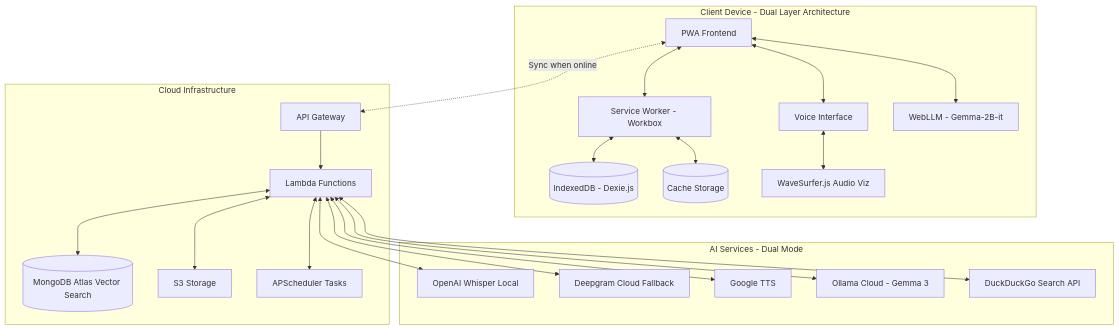
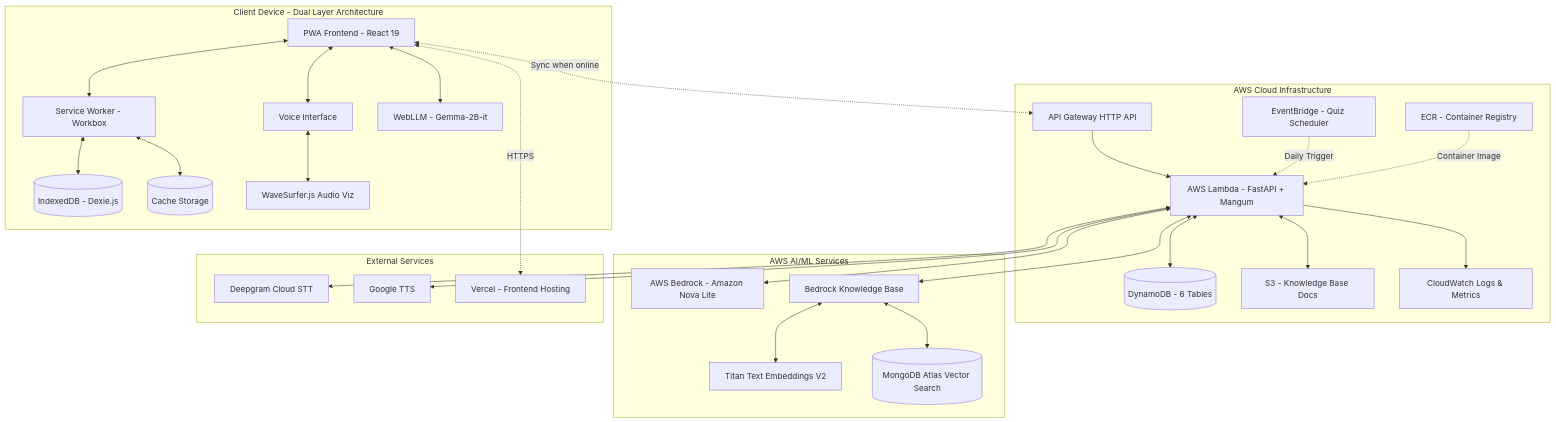
Before and after one commit to FaheemAlt/DigiMasterJi: the first of 2 diagrams in .kiro/specs/digimasterji/design.md, drawn with Mermaid. The commit also changed other lines of this file and 8 other files, not shown here.

````diff
--- a/.kiro/specs/digimasterji/design.md
+++ b/.kiro/specs/digimasterji/design.md
@@ -13,46 +28,59 @@
 ```mermaid
 graph TB
     subgraph "Client Device - Dual Layer Architecture"
-        PWA[PWA Frontend]
+        PWA[PWA Frontend - React 19]
         SW[Service Worker - Workbox]
         IDB[(IndexedDB - Dexie.js)]
         Cache[(Cache Storage)]
         Voice[Voice Interface]
         WebLLM[WebLLM - Gemma-2B-it]
         WaveSurfer[WaveSurfer.js Audio Viz]
     end
     
-    subgraph "Cloud Infrastructure"
-        API[API Gateway]
-        Lambda[Lambda Functions]
-        MongoDB[(MongoDB Atlas Vector Search)]
-        S3[S3 Storage]
-        Scheduler[APScheduler Tasks]
+    subgraph "AWS Cloud Infrastructure"
+        APIGW[API Gateway HTTP API]
+        Lambda[AWS Lambda - FastAPI + Mangum]
+        DDB[(DynamoDB - 6 Tables)]
+        S3[S3 - Knowledge Base Docs]
+        EventBridge[EventBridge - Quiz Scheduler]
+        CloudWatch[CloudWatch Logs & Metrics]
+        ECR[ECR - Container Registry]
     end
     
-    subgraph "AI Services - Dual Mode"
-        Whisper[OpenAI Whisper Local]
-        Deepgram[Deepgram Cloud Fallback]
+    subgraph "AWS AI/ML Services"
+        Bedrock[AWS Bedrock - Amazon Nova Lite]
+        BedrockKB[Bedrock Knowledge Base]
+        TitanEmbed[Titan Text Embeddings V2]
+        MongoDB[(MongoDB Atlas Vector Search)]
+    end
+    
+    subgraph "External Services"
+        Deepgram[Deepgram Cloud STT]
         GoogleTTS[Google TTS]
-        OllamaCloud[Ollama Cloud - Gemma 3]
-        DuckDuckGo[DuckDuckGo Search API]
+        Vercel[Vercel - Frontend Hosting]
     end
     
     PWA <--> SW
     SW <--> IDB
     SW <--> Cache
     PWA <--> Voice
     PWA <--> WebLLM
     Voice <--> WaveSurfer
     
-    PWA <-.->|Sync when online| API
-    API --> Lambda
-    Lambda <--> MongoDB
+    PWA <-.->|HTTPS| Vercel
+    PWA <-.->|Sync when online| APIGW
+    APIGW --> Lambda
+    Lambda <--> DDB
     Lambda <--> S3
-    Lambda <--> Scheduler
-    Lambda <--> Whisper
+    Lambda <--> Bedrock
+    Lambda <--> BedrockKB
     Lambda <--> Deepgram
     Lambda <--> GoogleTTS
-    Lambda <--> OllamaCloud
-    Lambda <--> DuckDuckGo
+    Lambda --> CloudWatch
+    
+    BedrockKB <--> TitanEmbed
+    BedrockKB <--> MongoDB
+    
+    EventBridge -.->|Daily Trigger| Lambda
+    ECR -.->|Container Image| Lambda
 ```
````
